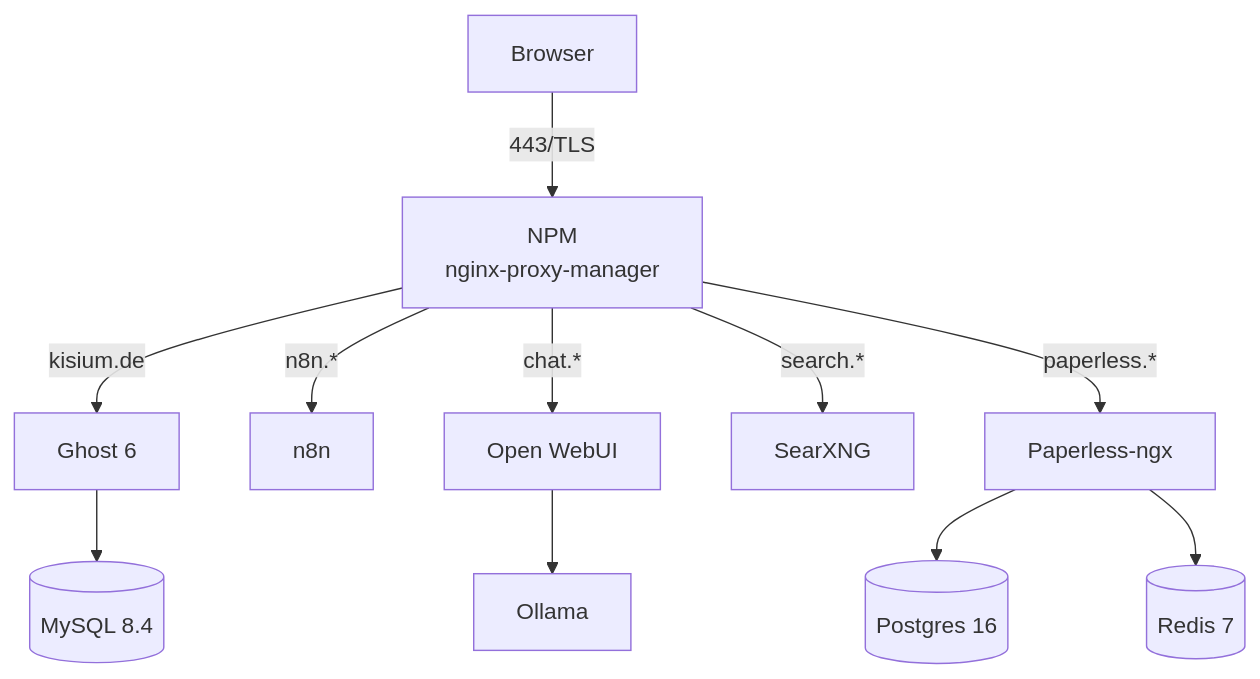
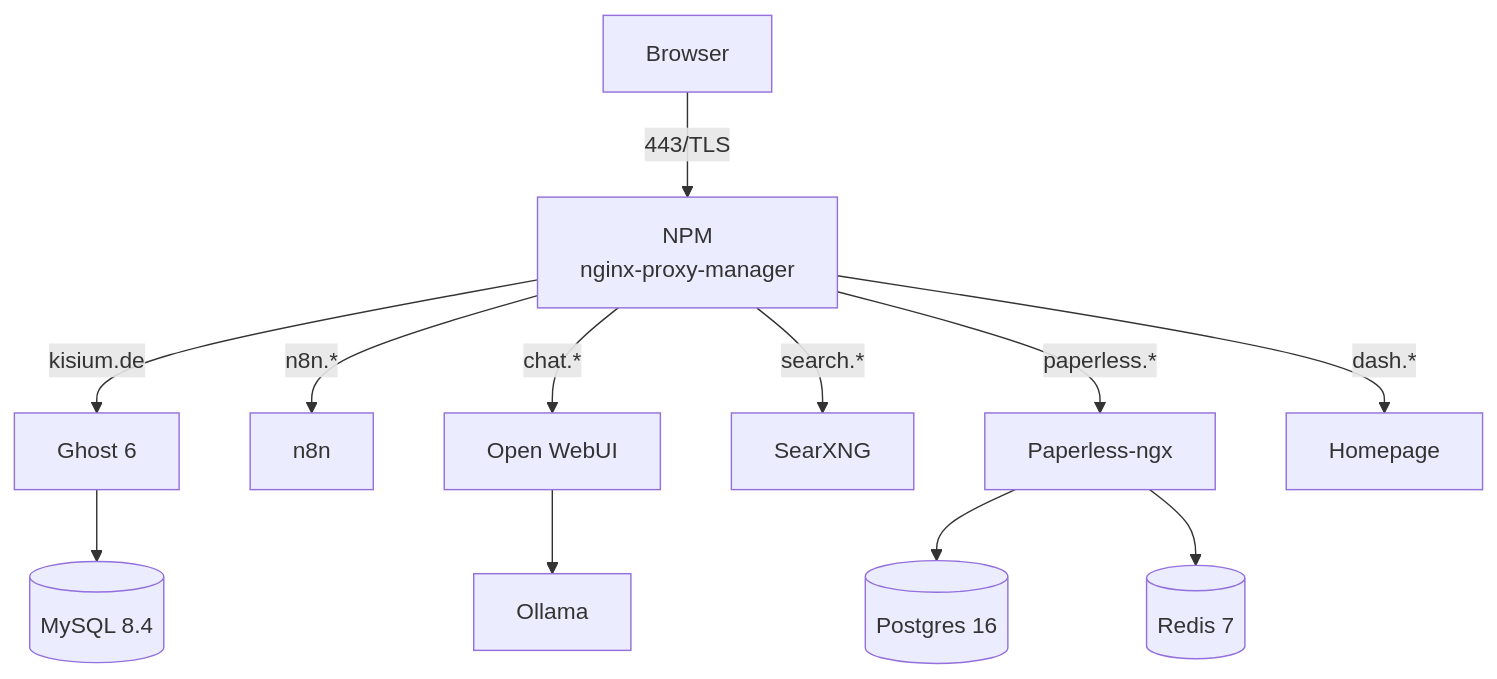
Before and after one commit to tobias-peine/homelab: the diagram in README.md, drawn with Mermaid. The commit also changed other lines of this file and 5 other files, not shown here.

````diff
--- a/README.md
+++ b/README.md
@@ -12,13 +12,14 @@
 ```mermaid
 flowchart TB
     U[Browser] -->|"443/TLS"| NPM["NPM<br/>nginx-proxy-manager"]
     NPM -->|"kisium.de"| G["Ghost 6"]
     NPM -->|"n8n.*"| N8N["n8n"]
     NPM -->|"chat.*"| OWUI["Open WebUI"]
     NPM -->|"search.*"| SX["SearXNG"]
     NPM -->|"paperless.*"| PL["Paperless-ngx"]
+    NPM -->|"dash.*"| HP["Homepage"]
     G --> MYSQL[(MySQL 8.4)]
     PL --> PG[(Postgres 16)]
     PL --> R[(Redis 7)]
     OWUI --> OL["Ollama"]
 ```
````
